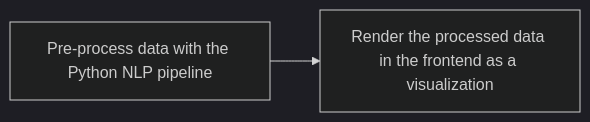
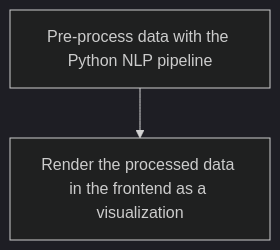
The diagram in README.md (elalytics/elalytics-website), drawn with Mermaid (dark theme) before and after one commit. The commit also changed other lines of this file, not shown here.

````diff
--- a/README.md
+++ b/README.md
@@ -38,4 +28,4 @@
 ```mermaid
-graph LR;
+graph TD;
     A[Pre-process data with the Python NLP pipeline] --> B[Render the processed data in the frontend as a visualization]
 ```
````
